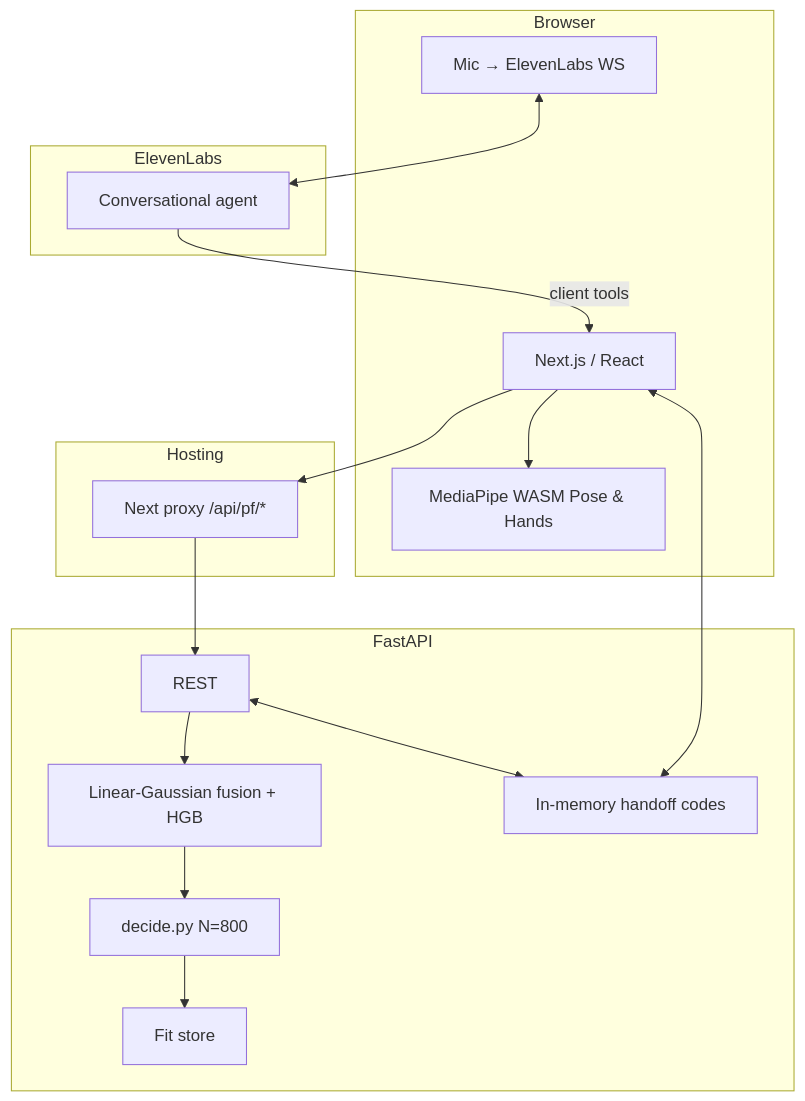
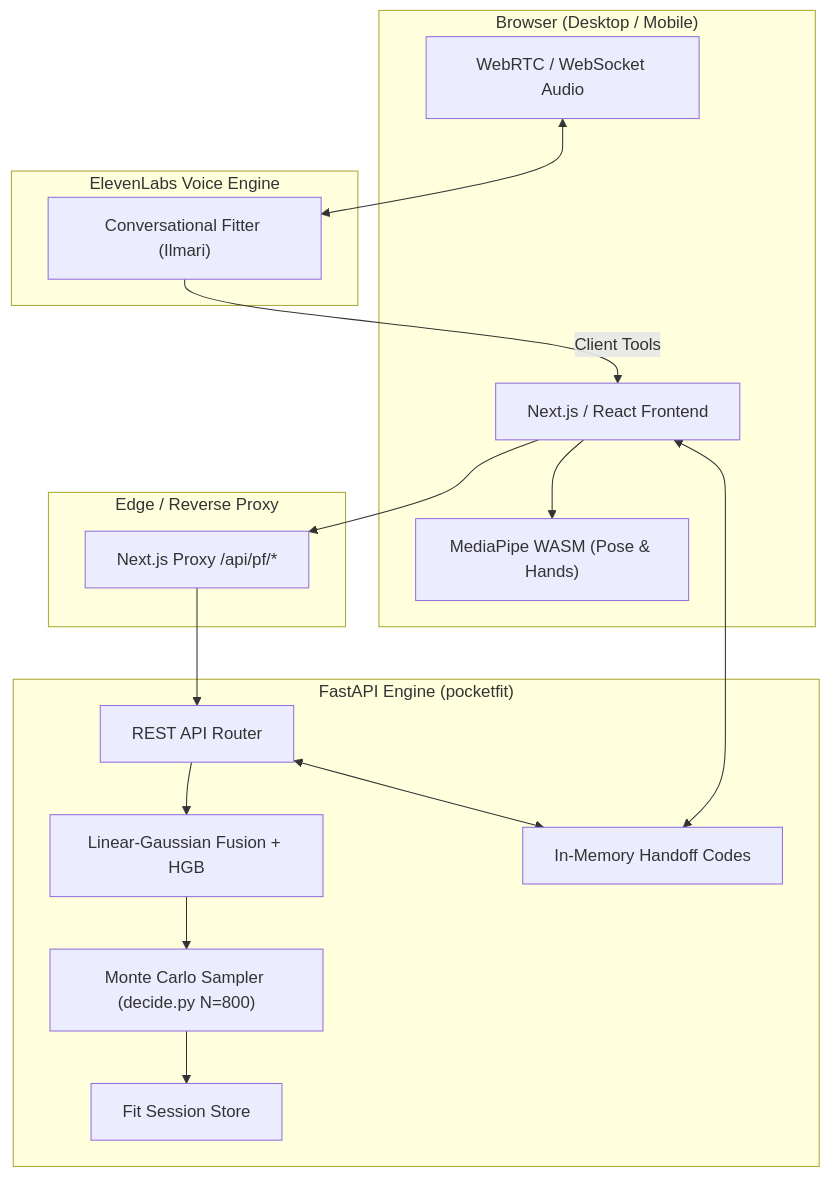
Before and after one commit to 0xMuluh/takomo-fit: the first of 2 diagrams in docs/02_ARCHITECTURE_AND_SYSTEM_SPEC.md, drawn with Mermaid. The commit also changed other lines of this file and 10 other files, not shown here.

````diff
--- a/docs/02_ARCHITECTURE_AND_SYSTEM_SPEC.md
+++ b/docs/02_ARCHITECTURE_AND_SYSTEM_SPEC.md
@@ -9,32 +31,32 @@
 ```mermaid
 flowchart TD
-    subgraph Client["Browser"]
-        UI["Next.js / React"]
-        WASM["MediaPipe WASM Pose & Hands"]
-        Audio["Mic → ElevenLabs WS"]
+    subgraph Client["Browser (Desktop / Mobile)"]
+        UI["Next.js / React Frontend"]
+        WASM["MediaPipe WASM (Pose & Hands)"]
+        Audio["WebRTC / WebSocket Audio"]
     end
 
-    subgraph Edge["Hosting"]
-        Proxy["Next proxy /api/pf/*"]
+    subgraph Edge["Edge / Reverse Proxy"]
+        Proxy["Next.js Proxy /api/pf/*"]
     end
 
-    subgraph Engine["FastAPI"]
-        API["REST"]
-        Fusion["Linear-Gaussian fusion + HGB"]
-        MC["decide.py N=800"]
-        Store["Fit store"]
-        Handoff["In-memory handoff codes"]
+    subgraph Engine["FastAPI Engine (pocketfit)"]
+        API["REST API Router"]
+        Fusion["Linear-Gaussian Fusion + HGB"]
+        MC["Monte Carlo Sampler (decide.py N=800)"]
+        Store["Fit Session Store"]
+        Handoff["In-Memory Handoff Codes"]
     end
 
-    subgraph Voice["ElevenLabs"]
-        Agent["Conversational agent"]
+    subgraph Voice["ElevenLabs Voice Engine"]
+        Agent["Conversational Fitter (Ilmari)"]
     end
 
     Audio <--> Agent
-    Agent -- "client tools" --> UI
+    Agent -- "Client Tools" --> UI
     UI --> WASM
     UI --> Proxy --> API
     API --> Fusion --> MC --> Store
     API <--> Handoff
     UI <--> Handoff
 ```
````
